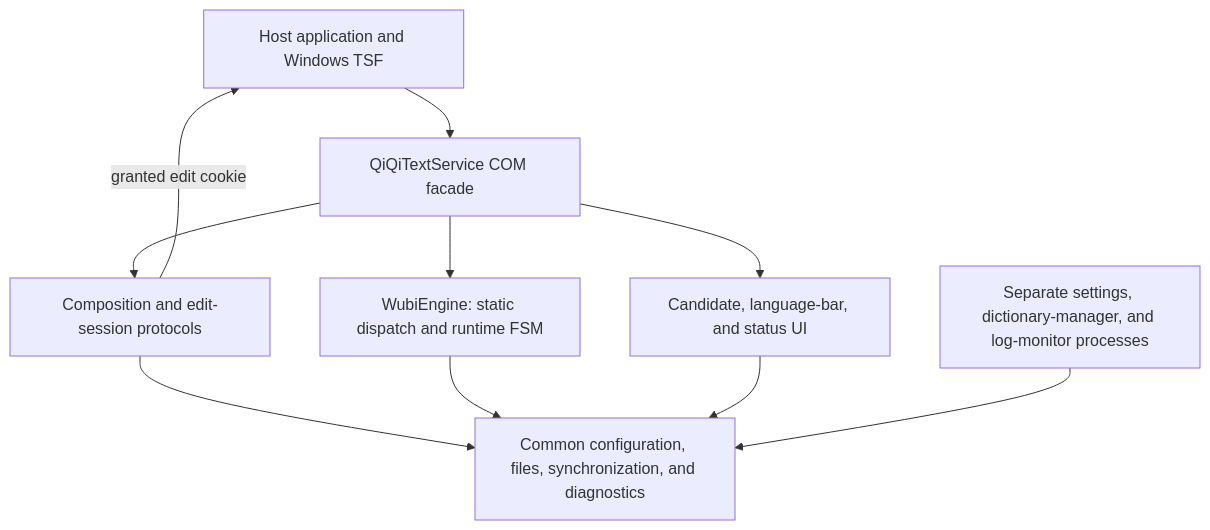
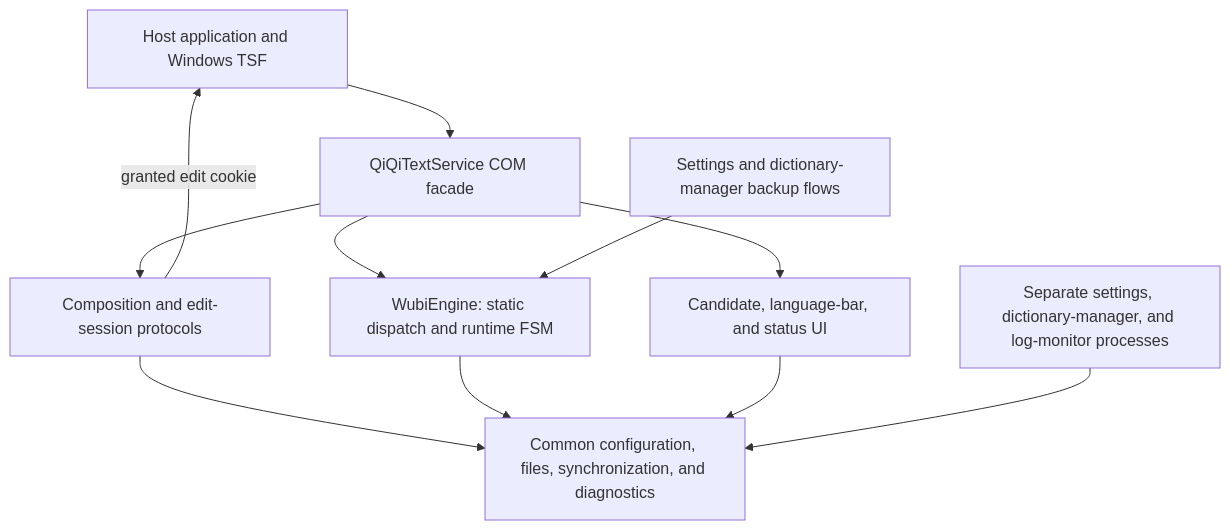
One commit to cloudfyy/qiqiime changed the first of 2 diagrams in docs/arch.md. Above: the diagram before and after it, drawn with Mermaid. The commit also changed other lines of this file and 30 other files, not shown here.

````diff
--- a/docs/arch.md
+++ b/docs/arch.md
@@ -15,12 +15,13 @@
 ```mermaid
 flowchart TD
     Host["Host application and Windows TSF"] --> Service["QiQiTextService COM facade"]
     Service --> Composition["Composition and edit-session protocols"]
     Service --> Engine["WubiEngine: static dispatch and runtime FSM"]
     Service --> UI["Candidate, language-bar, and status UI"]
     Composition -->|granted edit cookie| Host
     Composition --> Common["Common configuration, files, synchronization, and diagnostics"]
     Engine --> Common
     UI --> Common
     Tools["Separate settings, dictionary-manager, and log-monitor processes"] --> Common
+    BackupTools["Settings and dictionary-manager backup flows"] --> Engine
 ```
````
